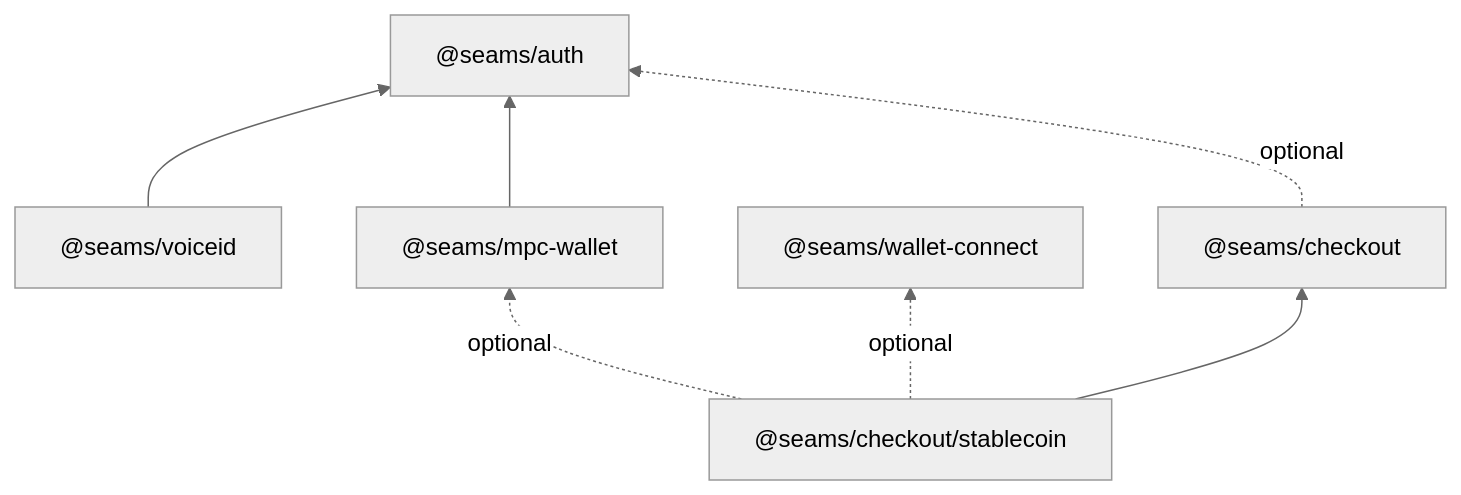
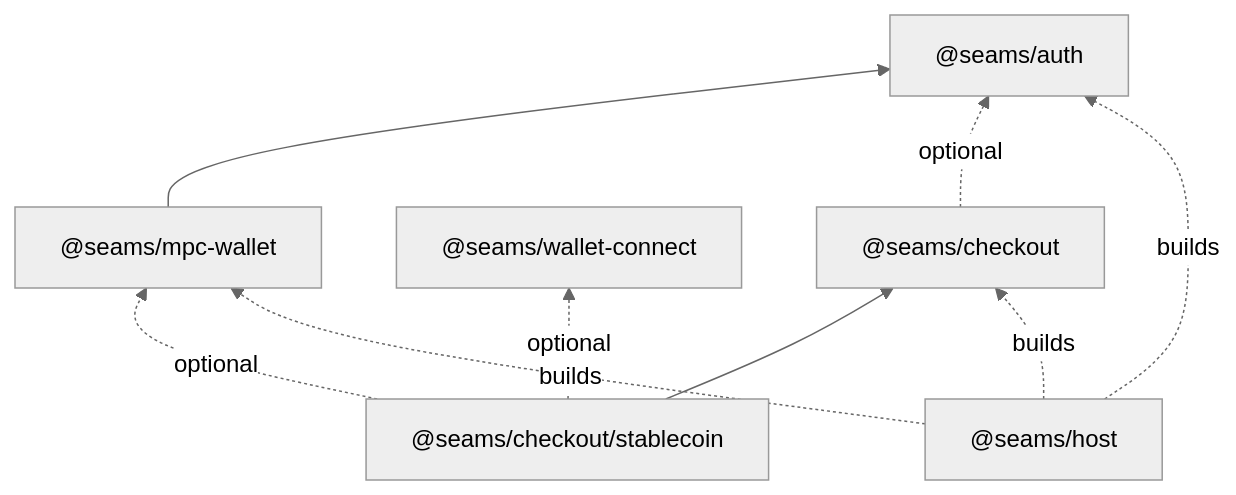
Before and after one commit to seams-tech/seams-wallet: the diagram in docs/refactor-251-auth-wallet-checkout-modules.md, drawn with Mermaid (neutral theme). The commit also changed other lines of this file and 1 other file, not shown here.

````diff
--- a/docs/refactor-251-auth-wallet-checkout-modules.md
+++ b/docs/refactor-251-auth-wallet-checkout-modules.md
@@ -284,11 +299,13 @@
 ```mermaid
 flowchart BT
     Auth["@seams/auth"]
-    Voice["@seams/voiceid"] --> Auth
     Wallet["@seams/mpc-wallet"] --> Auth
     External["@seams/wallet-connect"]
     Checkout["@seams/checkout"] -. optional .-> Auth
     Rail["@seams/checkout/stablecoin"] -. optional .-> Wallet
     Rail -. optional .-> External
     Rail --> Checkout
+    Host["@seams/host"] -. builds .-> Auth
+    Host -. builds .-> Wallet
+    Host -. builds .-> Checkout
 ```
````
